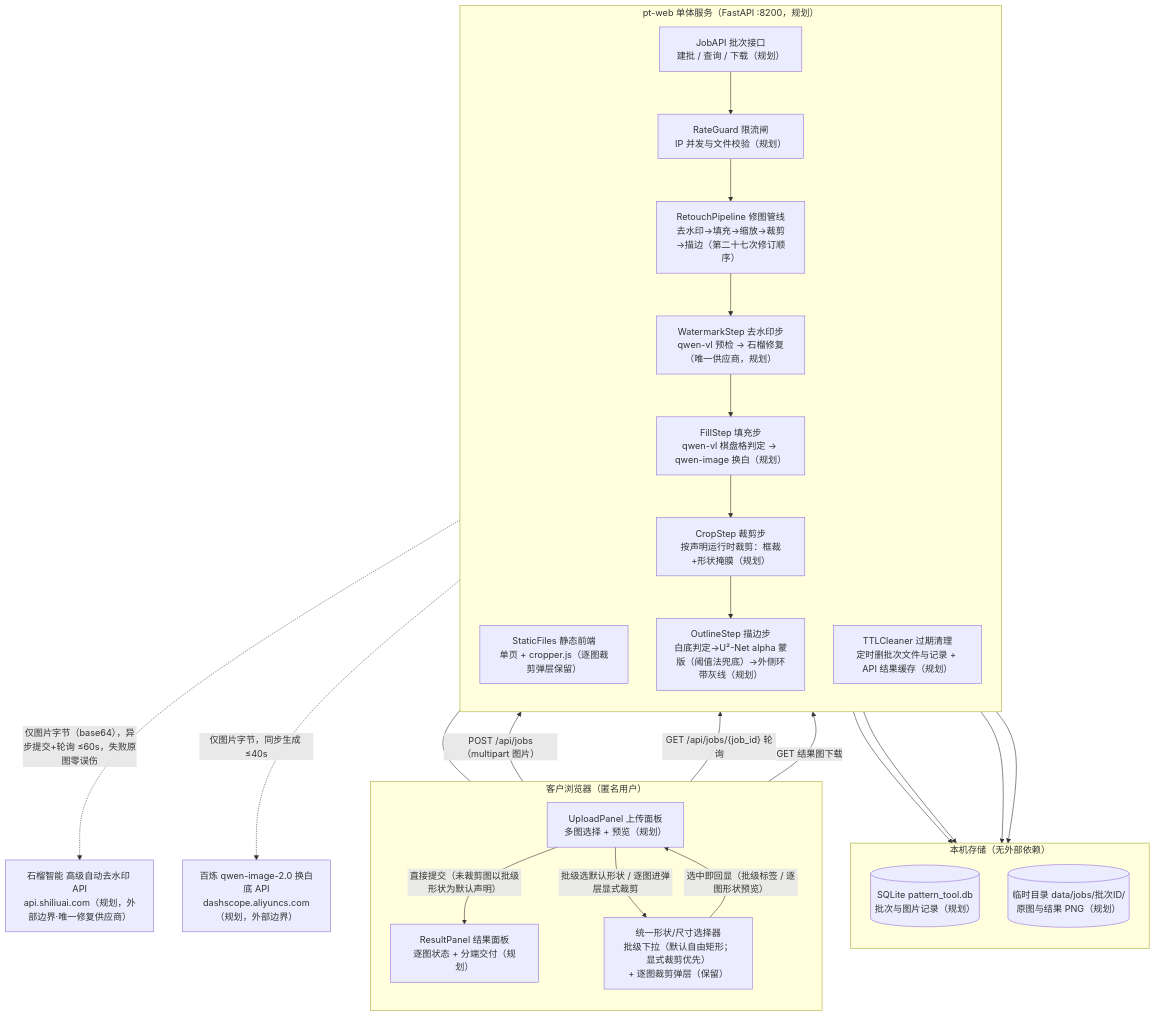
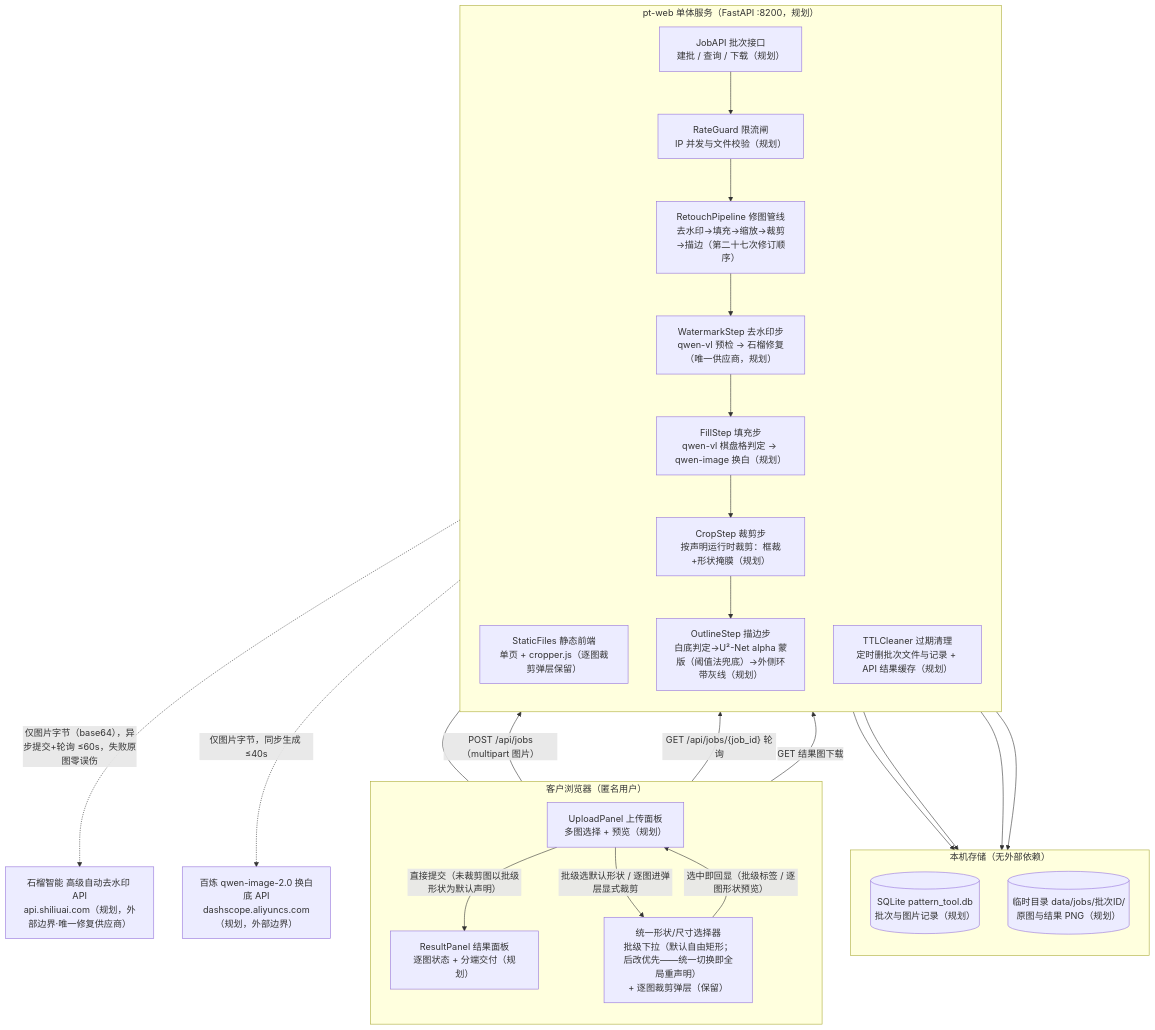
The first of 5 diagrams in docs/plan/修图工具最小技术方案.md (zs2731070169-web/cake-pattern-tool), drawn with Mermaid before and after one commit. The commit also changed other lines of this file and 3 other files, not shown here.

````diff
--- a/docs/plan/修图工具最小技术方案.md
+++ b/docs/plan/修图工具最小技术方案.md
@@ -124,44 +125,44 @@
 ```mermaid
 flowchart TB
     subgraph CLIENT["客户浏览器（匿名用户）"]
         direction TB
         UP["UploadPanel 上传面板<br/>多图选择 + 预览（规划）"]
-        CROP["统一形状/尺寸选择器<br/>批级下拉（默认自由矩形；显式裁剪优先）<br/>+ 逐图裁剪弹层（保留）"]
+        CROP["统一形状/尺寸选择器<br/>批级下拉（默认自由矩形；后改优先——统一切换即全局重声明）<br/>+ 逐图裁剪弹层（保留）"]
         RESULT["ResultPanel 结果面板<br/>逐图状态 + 分端交付（规划）"]
         UP -->|"直接提交（未裁剪图以批级形状为默认声明）"| RESULT
         UP -->|"批级选默认形状 / 逐图进弹层显式裁剪"| CROP
         CROP -->|"选中即回显（批级标签 / 逐图形状预览）"| UP
     end
 
     subgraph PTWEB["pt-web 单体服务（FastAPI :8200，规划）"]
         direction TB
         STATIC["StaticFiles 静态前端<br/>单页 + cropper.js（逐图裁剪弹层保留）"]
         API["JobAPI 批次接口<br/>建批 / 查询 / 下载（规划）"]
         GUARD["RateGuard 限流闸<br/>IP 并发与文件校验（规划）"]
         PIPE["RetouchPipeline 修图管线<br/>去水印→填充→缩放→裁剪→描边（第二十七次修订顺序）"]
         WM["WatermarkStep 去水印步<br/>qwen-vl 预检 → 石榴修复（唯一供应商，规划）"]
         FILL["FillStep 填充步<br/>qwen-vl 棋盘格判定 → qwen-image 换白（规划）"]
         CROPS["CropStep 裁剪步<br/>按声明运行时裁剪：框裁+形状掩膜（规划）"]
         OUTL["OutlineStep 描边步<br/>白底判定→U²-Net alpha 蒙版（阈值法兜底）→外侧环带灰线（规划）"]
         TTL["TTLCleaner 过期清理<br/>定时删批次文件与记录 + API 结果缓存（规划）"]
         API --> GUARD --> PIPE
         PIPE --> WM --> FILL --> CROPS --> OUTL
     end
 
     subgraph STORE["本机存储（无外部依赖）"]
         direction TB
         SQLITE[("SQLite pattern_tool.db<br/>批次与图片记录（规划）")]
         TMP[("临时目录 data/jobs/批次ID/ <br/>原图与结果 PNG（规划）")]
     end
 
     CLIENT -->|"POST /api/jobs（multipart 图片）"| API
     CLIENT -->|"GET /api/jobs/{job_id} 轮询"| API
     CLIENT -->|"GET 结果图下载"| API
     STATIC --- CLIENT
     API --> SQLITE
     PIPE --> TMP
     TTL --> TMP
     TTL --> SQLITE
     WM -.->|"仅图片字节（base64），异步提交+轮询 ≤60s，失败原图零误伤"| WMAPI["石榴智能 高级自动去水印 API<br/>api.shiliuai.com（规划，外部边界·唯一修复供应商）"]
     FILL -.->|"仅图片字节，同步生成 ≤40s"| GENAPI["百炼 qwen-image-2.0 换白底 API<br/>dashscope.aliyuncs.com（规划，外部边界）"]
 ```
````
